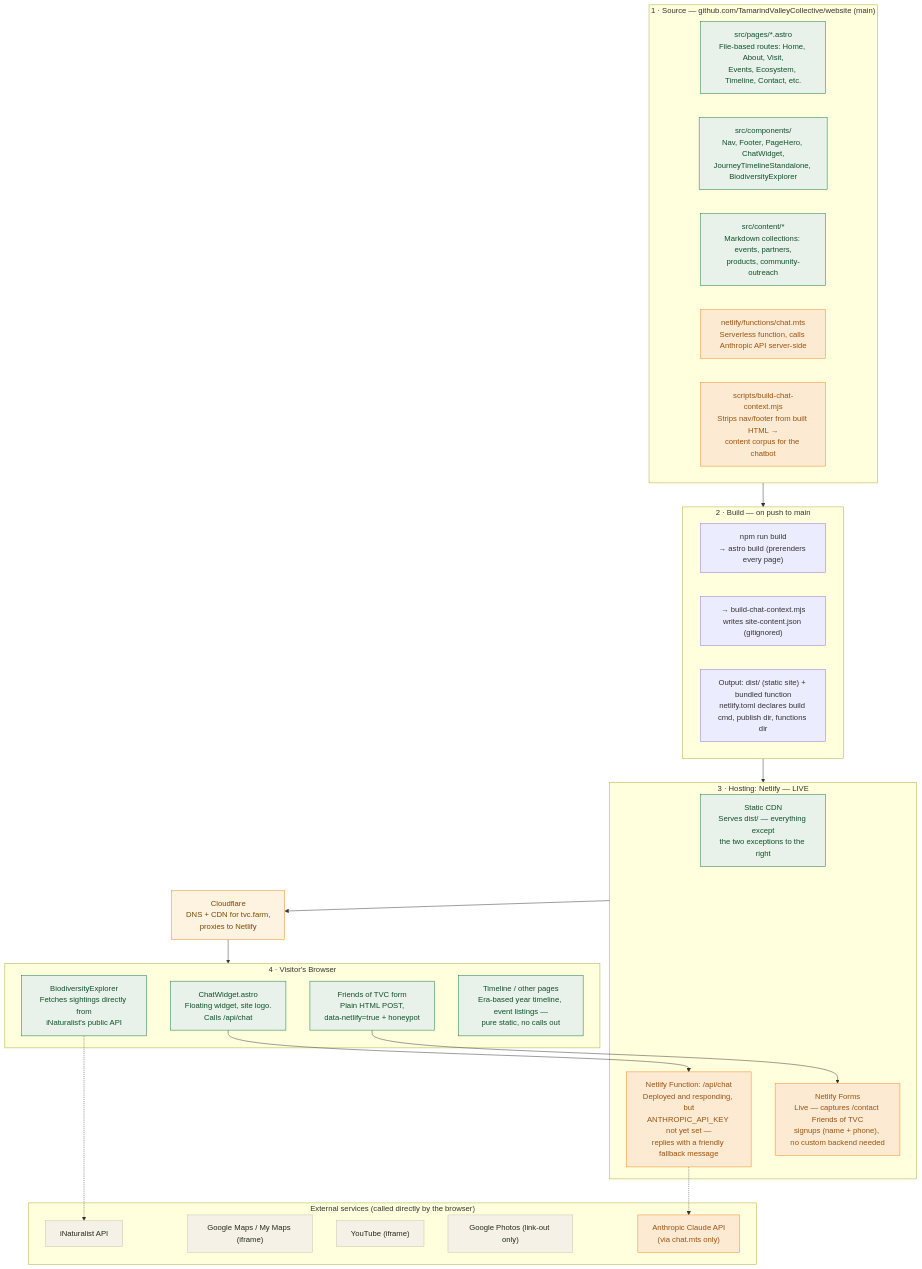
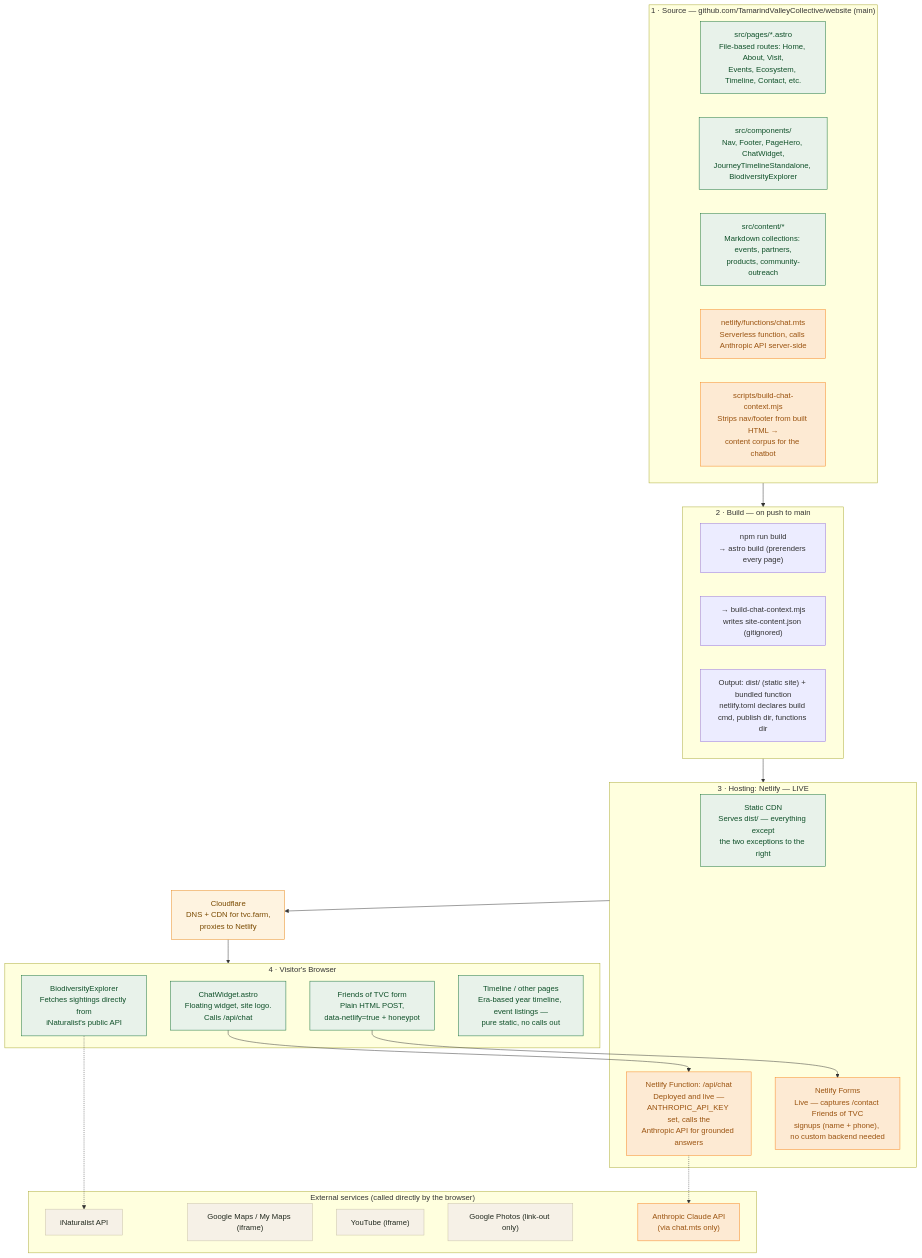
Before and after one commit to TamarindValleyCollective/website: the diagram in ARCHITECTURE.md, drawn with Mermaid. The commit also changed other lines of this file, not shown here.

First line of the commit message:
Sync ARCHITECTURE.md with the live Anthropic key and Netlify account move

````diff
--- a/ARCHITECTURE.md
+++ b/ARCHITECTURE.md
@@ -19,58 +20,58 @@
 ```mermaid
 flowchart TD
     subgraph SRC["1 · Source — github.com/TamarindValleyCollective/website (main)"]
         PAGES["src/pages/*.astro<br/>File-based routes: Home, About, Visit,<br/>Events, Ecosystem, Timeline, Contact, etc."]
         COMPONENTS["src/components/<br/>Nav, Footer, PageHero, ChatWidget,<br/>JourneyTimelineStandalone, BiodiversityExplorer"]
         CONTENT["src/content/*<br/>Markdown collections: events, partners,<br/>products, community-outreach"]
         FUNC_SRC["netlify/functions/chat.mts<br/>Serverless function, calls Anthropic API server-side"]
         SCRIPT_SRC["scripts/build-chat-context.mjs<br/>Strips nav/footer from built HTML →<br/>content corpus for the chatbot"]
     end
 
     subgraph BUILD["2 · Build — on push to main"]
         B1["npm run build<br/>→ astro build (prerenders every page)"]
         B2["→ build-chat-context.mjs<br/>writes site-content.json (gitignored)"]
         B3["Output: dist/ (static site) + bundled function<br/>netlify.toml declares build cmd, publish dir, functions dir"]
     end
 
     subgraph HOST["3 · Hosting: Netlify — LIVE"]
         CDN["Static CDN<br/>Serves dist/ — everything except<br/>the two exceptions to the right"]
-        APIFN["Netlify Function: /api/chat<br/>Deployed and responding, but<br/>ANTHROPIC_API_KEY not yet set —<br/>replies with a friendly fallback message"]
+        APIFN["Netlify Function: /api/chat<br/>Deployed and live —<br/>ANTHROPIC_API_KEY set, calls the<br/>Anthropic API for grounded answers"]
         FORMS["Netlify Forms<br/>Live — captures /contact Friends of TVC<br/>signups (name + phone), no custom backend needed"]
     end
 
     CF["Cloudflare<br/>DNS + CDN for tvc.farm,<br/>proxies to Netlify"]
 
     subgraph BROWSER["4 · Visitor's Browser"]
         CHATW["ChatWidget.astro<br/>Floating widget, site logo.<br/>Calls /api/chat"]
         NEWS["Friends of TVC form<br/>Plain HTML POST,<br/>data-netlify=true + honeypot"]
         BIODIV["BiodiversityExplorer<br/>Fetches sightings directly from<br/>iNaturalist's public API"]
         TIMELINE["Timeline / other pages<br/>Era-based year timeline, event listings —<br/>pure static, no calls out"]
     end
 
     subgraph EXTERNAL["External services (called directly by the browser)"]
         INAT["iNaturalist API"]
         GMAPS["Google Maps / My Maps (iframe)"]
         YT["YouTube (iframe)"]
         GPHOTOS["Google Photos (link-out only)"]
         ANTHROPIC["Anthropic Claude API<br/>(via chat.mts only)"]
     end
 
     SRC --> BUILD
     BUILD --> HOST
     HOST --> CF
     CF --> BROWSER
     BIODIV -.-> INAT
     APIFN -.-> ANTHROPIC
     CHATW --> APIFN
     NEWS --> FORMS
 
     classDef staticStyle fill:#e8f2ea,stroke:#17723b,color:#0f5029
     classDef netlifyStyle fill:#fdead3,stroke:#f78520,color:#9a5310
     classDef externalStyle fill:#f6f1e7,stroke:#c9c2a8,color:#22291f
     classDef cfStyle fill:#fef3e0,stroke:#e8891c,color:#7a4a00
 
     class PAGES,COMPONENTS,CONTENT,CHATW,NEWS,BIODIV,TIMELINE,CDN staticStyle
     class FUNC_SRC,SCRIPT_SRC,APIFN,FORMS,ANTHROPIC netlifyStyle
     class INAT,GMAPS,YT,GPHOTOS externalStyle
     class CF cfStyle
 ```
````
